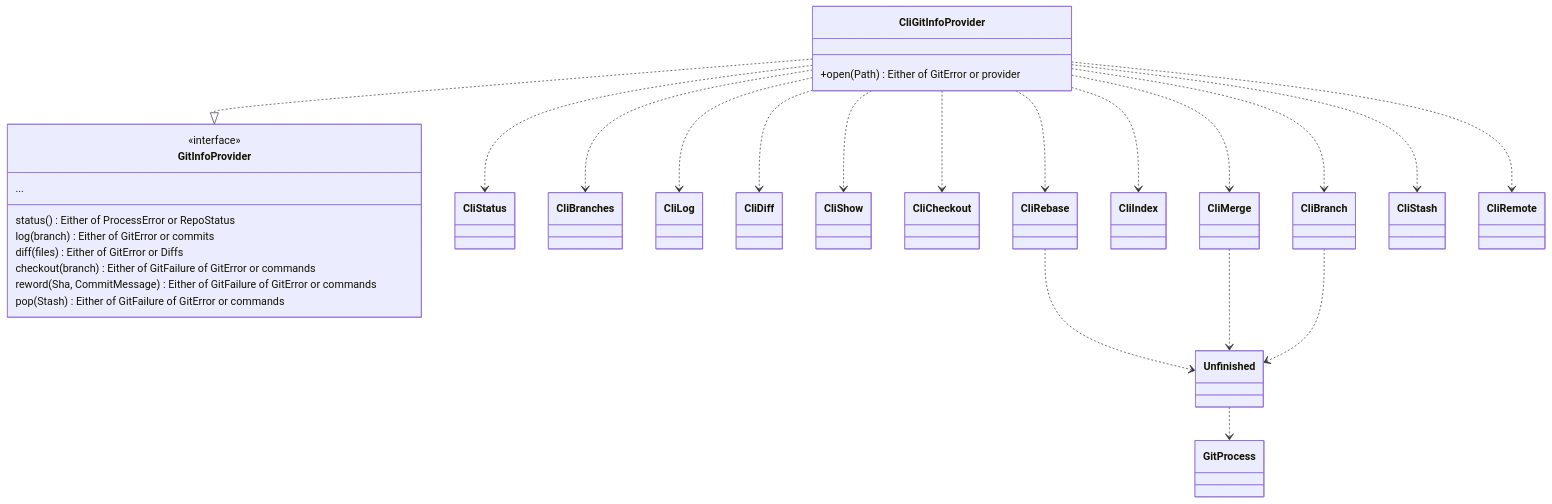
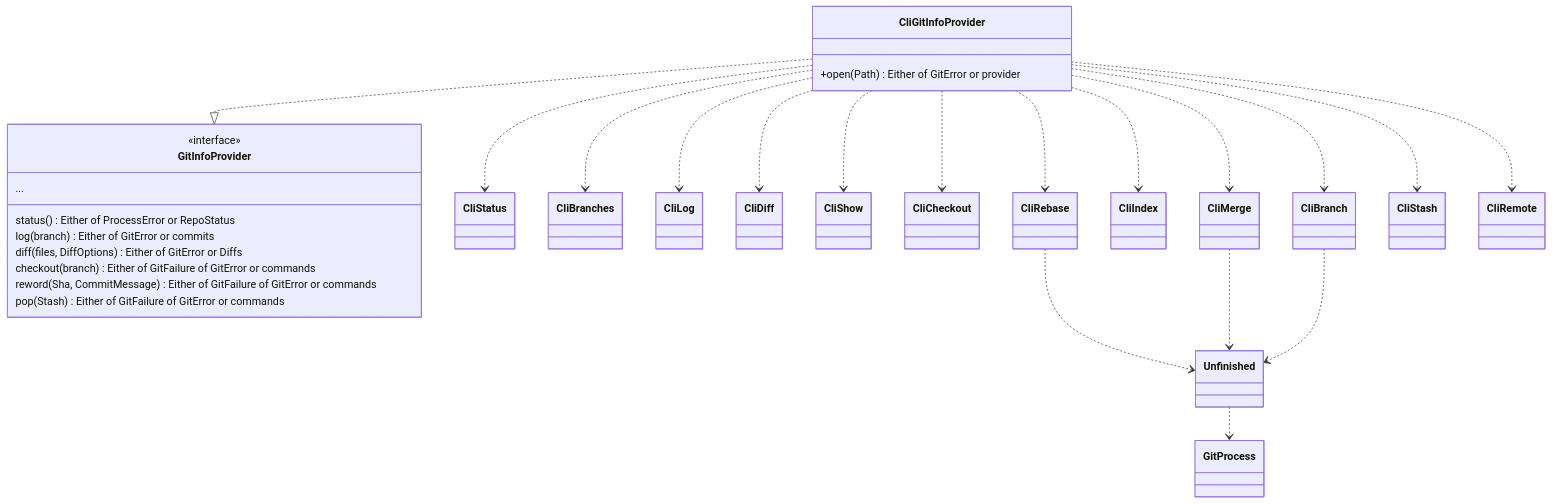
Before and after one commit to cvanfleteren/jazygit: the fourth of 7 diagrams in ARCHITECTURE.md, drawn with Mermaid. The commit also changed other lines of this file and 30 other files, not shown here.

````diff
--- a/ARCHITECTURE.md
+++ b/ARCHITECTURE.md
@@ -452,33 +471,33 @@
 ```mermaid
 classDiagram
     class GitInfoProvider {
         <<interface>>
         status() Either of ProcessError or RepoStatus
         log(branch) Either of GitError or commits
-        diff(files) Either of GitError or Diffs
+        diff(files, DiffOptions) Either of GitError or Diffs
         checkout(branch) Either of GitFailure of GitError or commands
         reword(Sha, CommitMessage) Either of GitFailure of GitError or commands
         pop(Stash) Either of GitFailure of GitError or commands
         ...
     }
     class CliGitInfoProvider {
         +open(Path) Either of GitError or provider
     }
     CliGitInfoProvider ..|> GitInfoProvider
     CliGitInfoProvider ..> CliStatus
     CliGitInfoProvider ..> CliBranches
     CliGitInfoProvider ..> CliLog
     CliGitInfoProvider ..> CliDiff
     CliGitInfoProvider ..> CliShow
     CliGitInfoProvider ..> CliCheckout
     CliGitInfoProvider ..> CliBranch
     CliGitInfoProvider ..> CliIndex
     CliGitInfoProvider ..> CliMerge
     CliGitInfoProvider ..> CliRebase
     CliGitInfoProvider ..> CliStash
     CliGitInfoProvider ..> CliRemote
     CliRebase ..> Unfinished
     CliMerge ..> Unfinished
     CliBranch ..> Unfinished
     Unfinished ..> GitProcess
 ```
````
